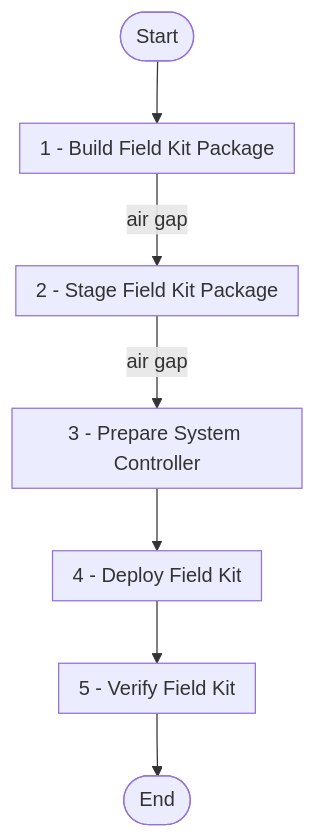
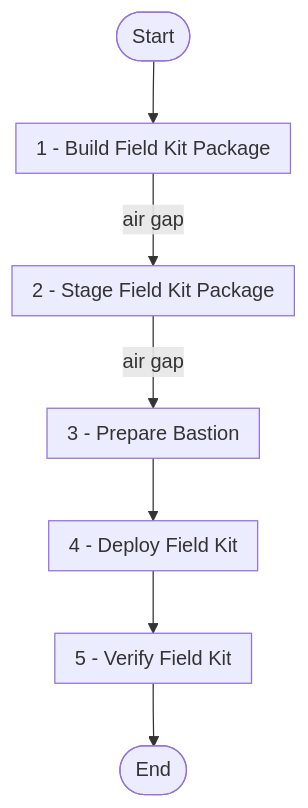
The diagram in workflow/diagram-process.md (ppremru/LaunchFieldKitAdoption), drawn with Mermaid before and after one commit. The commit also changed 4 other files, not shown here.

Commit message:
learning mermaid (#35)

````diff
--- a/workflow/diagram-process.md
+++ b/workflow/diagram-process.md
@@ -3,16 +3,16 @@
 ```mermaid
 flowchart TB
     Title([Start])
         subgraph Build[1 - Build Field Kit Package]
         end
         subgraph Deliver[2 - Stage Field Kit Package]
         end
-        subgraph Prep[3 - Prepare System Controller]
+        subgraph Prep[3 - Prepare Bastion]
         end
         subgraph Deploy[4 - Deploy Field Kit]
         end
         subgraph FieldKit[5 - Verify Field Kit]
         end
   Foot([End])
         Title --> Build -- air gap --> Deliver -- air gap --> Prep --> Deploy --> FieldKit --> Foot
 ```
````
